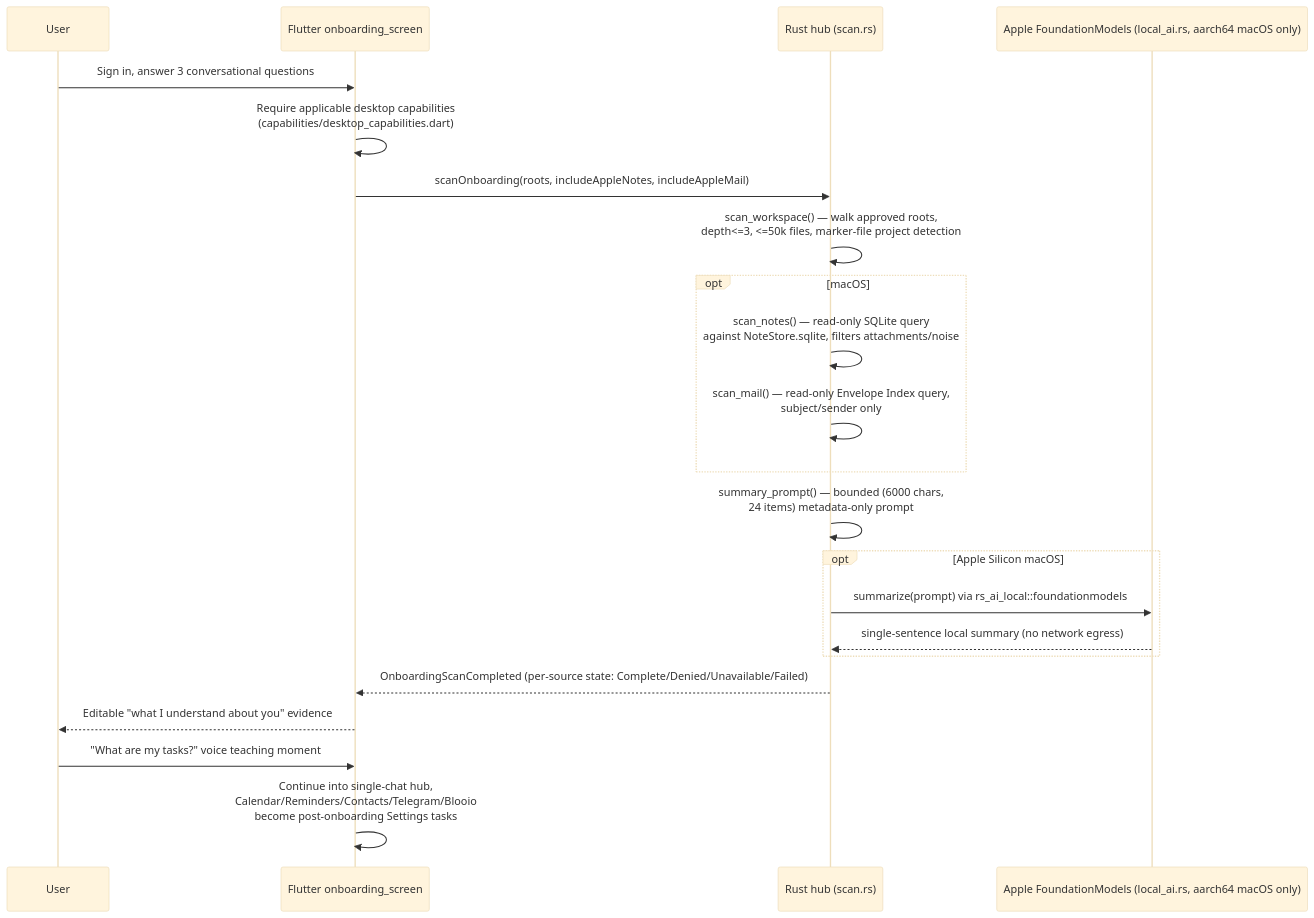
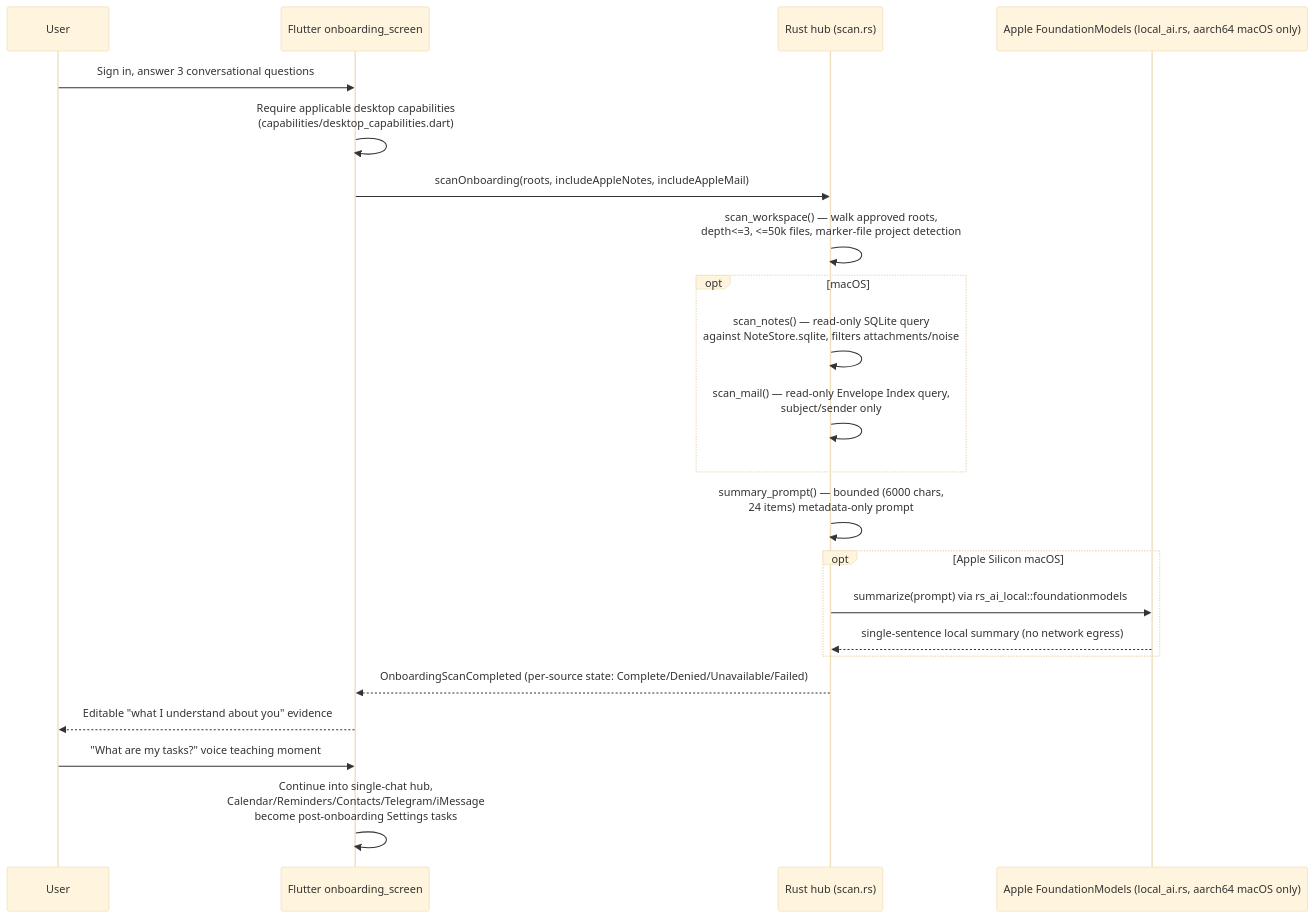
The eighth of 14 diagrams in ARCHITECTURE.md (undivisible/omi-v4), drawn with Mermaid (base theme) before and after one commit. The commit also changed other lines of this file and 46 other files, not shown here.

First line of the commit message:
Rename iMessage channel id from blooio to imessage.

````diff
--- a/ARCHITECTURE.md
+++ b/ARCHITECTURE.md
@@ -276,25 +276,25 @@
 ```mermaid
 sequenceDiagram
     participant U as User
     participant App as Flutter onboarding_screen
     participant Hub as Rust hub (scan.rs)
     participant FM as Apple FoundationModels (local_ai.rs, aarch64 macOS only)
 
     U->>App: Sign in, answer 3 conversational questions
     App->>App: Require applicable desktop capabilities<br/>(capabilities/desktop_capabilities.dart)
     App->>Hub: scanOnboarding(roots, includeAppleNotes, includeAppleMail)
     Hub->>Hub: scan_workspace() — walk approved roots,<br/>depth<=3, <=50k files, marker-file project detection
     opt macOS
         Hub->>Hub: scan_notes() — read-only SQLite query<br/>against NoteStore.sqlite, filters attachments/noise
         Hub->>Hub: scan_mail() — read-only Envelope Index query,<br/>subject/sender only
     end
     Hub->>Hub: summary_prompt() — bounded (6000 chars,<br/>24 items) metadata-only prompt
     opt Apple Silicon macOS
         Hub->>FM: summarize(prompt) via rs_ai_local::foundationmodels
         FM-->>Hub: single-sentence local summary (no network egress)
     end
     Hub-->>App: OnboardingScanCompleted (per-source state: Complete/Denied/Unavailable/Failed)
     App-->>U: Editable "what I understand about you" evidence
     U->>App: "What are my tasks?" voice teaching moment
-    App->>App: Continue into single-chat hub,<br/>Calendar/Reminders/Contacts/Telegram/Blooio<br/>become post-onboarding Settings tasks
+    App->>App: Continue into single-chat hub,<br/>Calendar/Reminders/Contacts/Telegram/iMessage<br/>become post-onboarding Settings tasks
 ```
````
